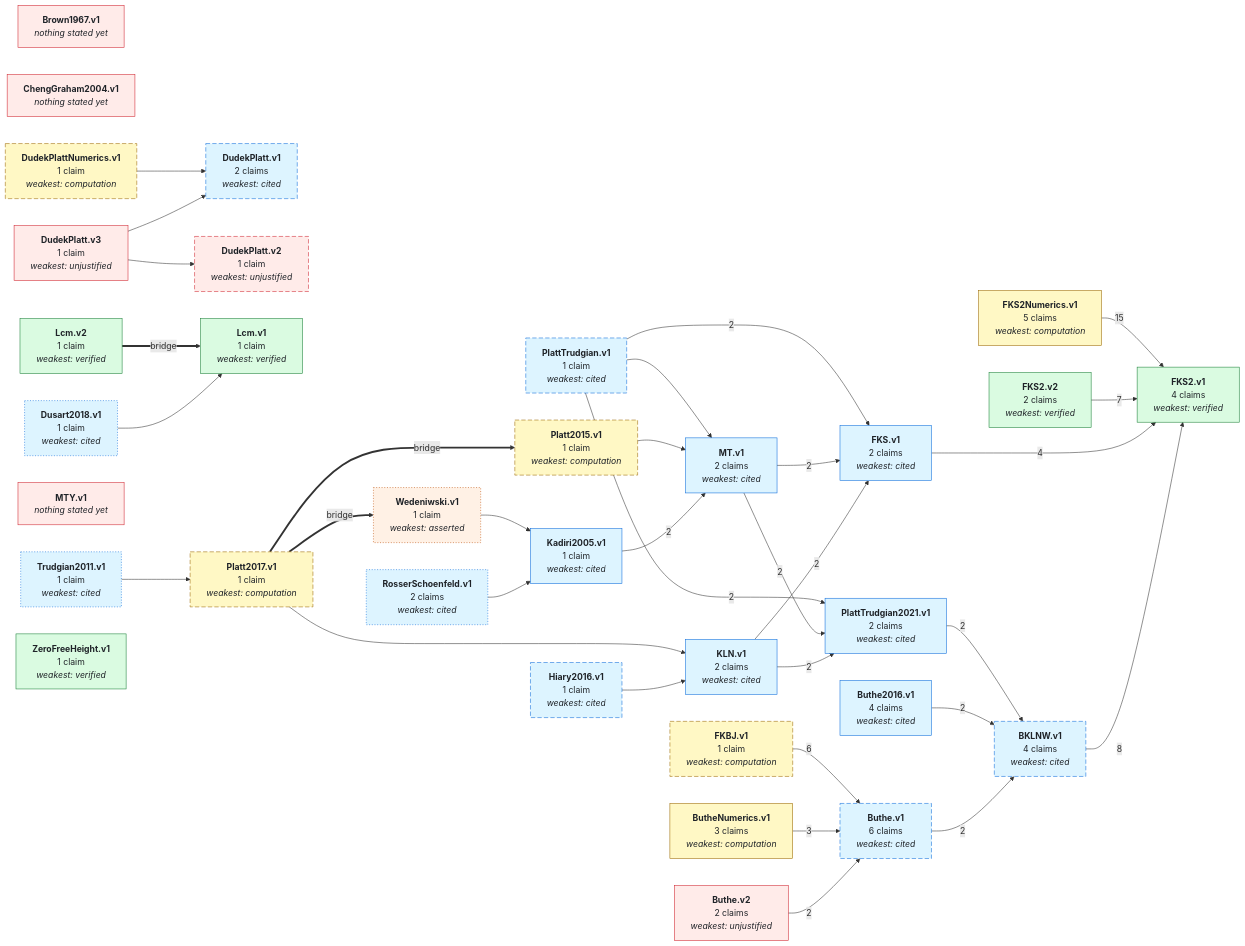
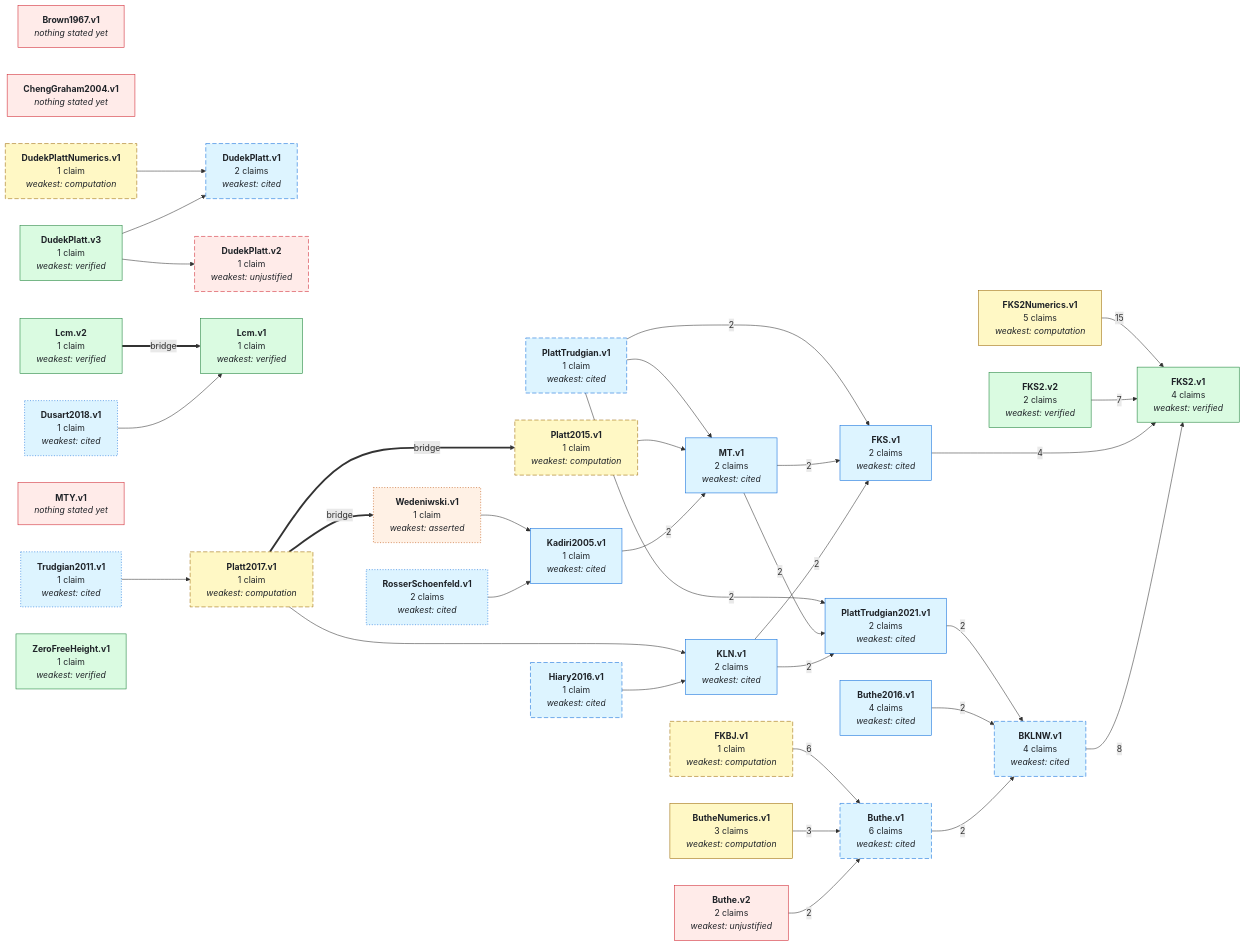
One commit to teorth/IEANTN changed the first of 2 diagrams in GRAPH.md. Above: the diagram before and after it, drawn with Mermaid. The commit also changed other lines of this file and 5 other files, not shown here.

Commit message:
Record verification receipt for DudekPlatt.v3

```diff
--- a/GRAPH.md
+++ b/GRAPH.md
@@ -61,7 +61,7 @@
   NChengGraham2004_v1["<b>ChengGraham2004.v1</b><br/><i>nothing stated yet</i>"]
   NDudekPlatt_v1["<b>DudekPlatt.v1</b><br/>2 claims<br/><i>weakest: cited</i>"]
   NDudekPlatt_v2["<b>DudekPlatt.v2</b><br/>1 claim<br/><i>weakest: unjustified</i>"]
-  NDudekPlatt_v3["<b>DudekPlatt.v3</b><br/>1 claim<br/><i>weakest: unjustified</i>"]
+  NDudekPlatt_v3["<b>DudekPlatt.v3</b><br/>1 claim<br/><i>weakest: verified</i>"]
   NDudekPlattNumerics_v1["<b>DudekPlattNumerics.v1</b><br/>1 claim<br/><i>weakest: computation</i>"]
   NDusart2018_v1["<b>Dusart2018.v1</b><br/>1 claim<br/><i>weakest: cited</i>"]
   NFKBJ_v1["<b>FKBJ.v1</b><br/>1 claim<br/><i>weakest: computation</i>"]
@@ -129,11 +129,11 @@
   style NRosserSchoenfeld_v1 stroke-dasharray: 2 3;
   style NTrudgian2011_v1 stroke-dasharray: 2 3;
   style NWedeniwski_v1 stroke-dasharray: 2 3;
-  class NBrown1967_v1,NButhe_v2,NChengGraham2004_v1,NDudekPlatt_v2,NDudekPlatt_v3,NMTY_v1 none_yet;
+  class NBrown1967_v1,NButhe_v2,NChengGraham2004_v1,NDudekPlatt_v2,NMTY_v1 none_yet;
   class NWedeniwski_v1 asserted;
   class NBKLNW_v1,NButhe_v1,NButhe2016_v1,NDudekPlatt_v1,NDusart2018_v1,NFKS_v1,NHiary2016_v1,NKLN_v1,NKadiri2005_v1,NMT_v1,NPlattTrudgian_v1,NPlattTrudgian2021_v1,NRosserSchoenfeld_v1,NTrudgian2011_v1 literature;
   class NButheNumerics_v1,NDudekPlattNumerics_v1,NFKBJ_v1,NFKS2Numerics_v1,NPlatt2015_v1,NPlatt2017_v1 numerical;
-  class NFKS2_v1,NFKS2_v2,NLcm_v1,NLcm_v2,NZeroFreeHeight_v1 lean_comparator;
+  class NDudekPlatt_v3,NFKS2_v1,NFKS2_v2,NLcm_v1,NLcm_v2,NZeroFreeHeight_v1 lean_comparator;
   click NBKLNW_v1 href "https://github.com/teorth/IEANTN/blob/main/docs/nodes/BKLNW-v1.md" _blank
   click NButhe_v1 href "https://github.com/teorth/IEANTN/blob/main/docs/nodes/Buthe-v1.md" _blank
   click NButhe_v2 href "https://github.com/teorth/IEANTN/blob/main/docs/nodes/Buthe-v2.md" _blank
```
